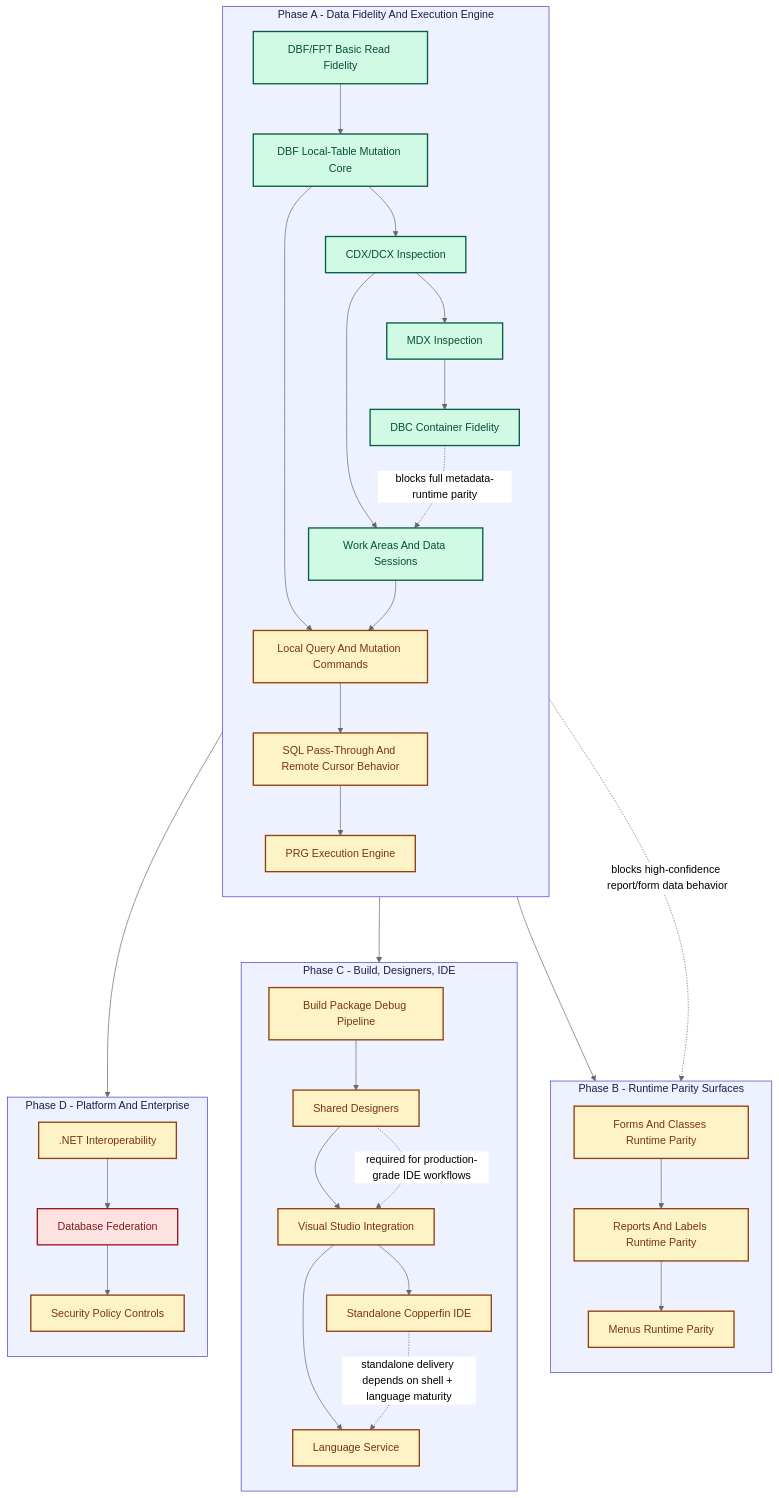
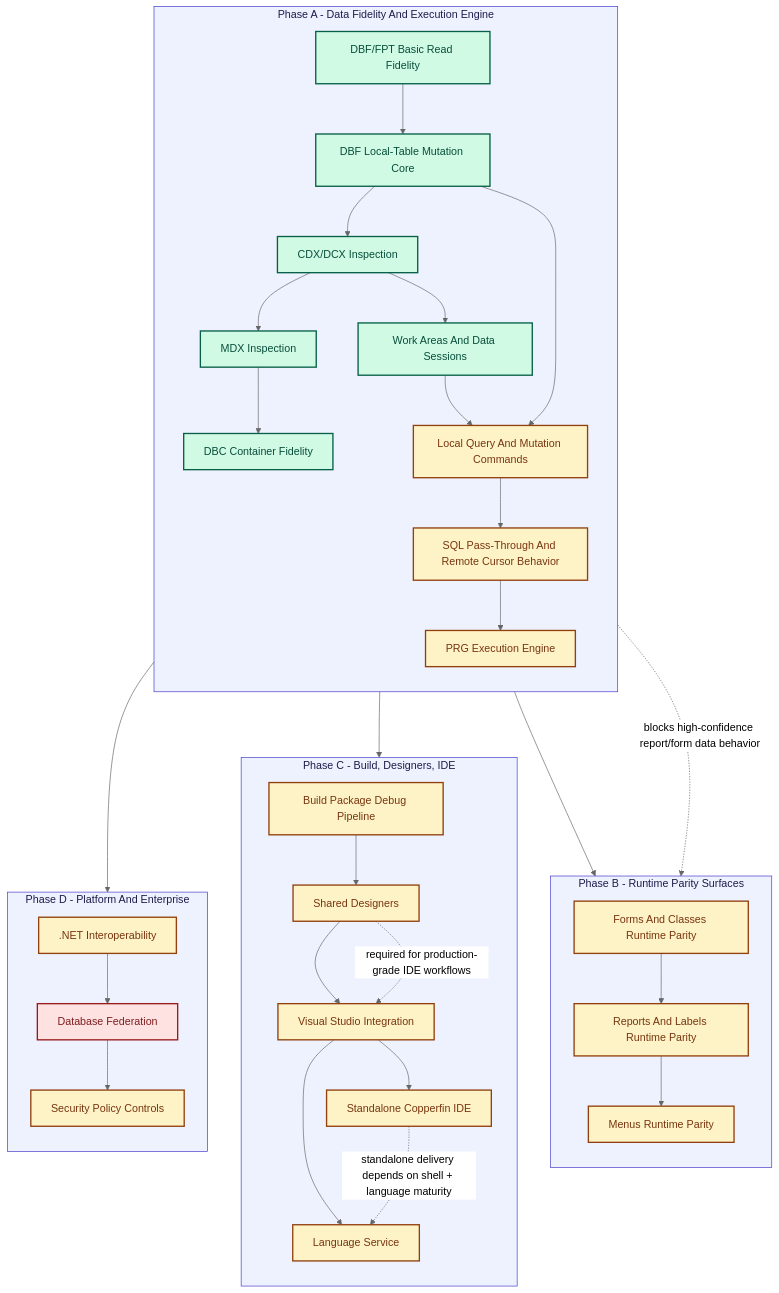
The diagram in remaining-work.md (rhamenator/Project-Copperfin), drawn with Mermaid (neutral theme) before and after one commit. The commit also changed other lines of this file and 4 other files, not shown here.

````diff
--- a/remaining-work.md
+++ b/remaining-work.md
@@ -53,68 +53,67 @@
 ```mermaid
 flowchart TD
 	classDef done fill:#d1fae5,stroke:#065f46,stroke-width:2px,color:#064e3b;
 	classDef partial fill:#fef3c7,stroke:#92400e,stroke-width:2px,color:#78350f;
 	classDef missing fill:#fee2e2,stroke:#991b1b,stroke-width:2px,color:#7f1d1d;
 	classDef lane fill:#eef2ff,stroke:#4338ca,stroke-width:1px,color:#1e1b4b;
 
 	subgraph P1[Phase A - Data Fidelity And Execution Engine]
 		direction TB
 		A1[DBF/FPT Basic Read Fidelity]
 		A2[DBF Local-Table Mutation Core]
 		A3[CDX/DCX Inspection]
 		A4[MDX Inspection]
 		A5[DBC Container Fidelity]
 		B1[Work Areas And Data Sessions]
 		B2[Local Query And Mutation Commands]
 		B3[SQL Pass-Through And Remote Cursor Behavior]
 		B4[PRG Execution Engine]
 	end
 
 	subgraph P2[Phase B - Runtime Parity Surfaces]
 		direction TB
 		C1[Forms And Classes Runtime Parity]
 		C2[Reports And Labels Runtime Parity]
 		C3[Menus Runtime Parity]
 	end
 
 	subgraph P3[Phase C - Build, Designers, IDE]
 		direction TB
 		D1[Build Package Debug Pipeline]
 		D2[Shared Designers]
 		D3[Visual Studio Integration]
 		D4[Standalone Copperfin IDE]
 		D5[Language Service]
 	end
 
 	subgraph P4[Phase D - Platform And Enterprise]
 		direction TB
 		E1[.NET Interoperability]
 		E2[Database Federation]
 		E3[Security Policy Controls]
 	end
 
 	A1 --> A2 --> A3 --> A4 --> A5
 	A2 --> B2
 	A3 --> B1
 	B1 --> B2 --> B3 --> B4
 
 	B4 --> C1 --> C2 --> C3
 	B4 --> D1 --> D2 --> D3 --> D4
 	D3 --> D5
 	B4 --> E1 --> E2 --> E3
 
-	A5 -. blocks full metadata-runtime parity .-> B1
 	B3 -. blocks high-confidence report/form data behavior .-> C1
 	D2 -. required for production-grade IDE workflows .-> D3
 	D4 -. standalone delivery depends on shell + language maturity .-> D5
 
 	class A1,A2,A3,A4,A5 done;
 
 	class B1 done;
 
 	class B2,B3,B4,C1,C2,C3,D1,D2,D3,D4,D5,E1,E3 partial;
 
 	class E2 missing;
 
 	class P1,P2,P3,P4 lane;
 ```
````
